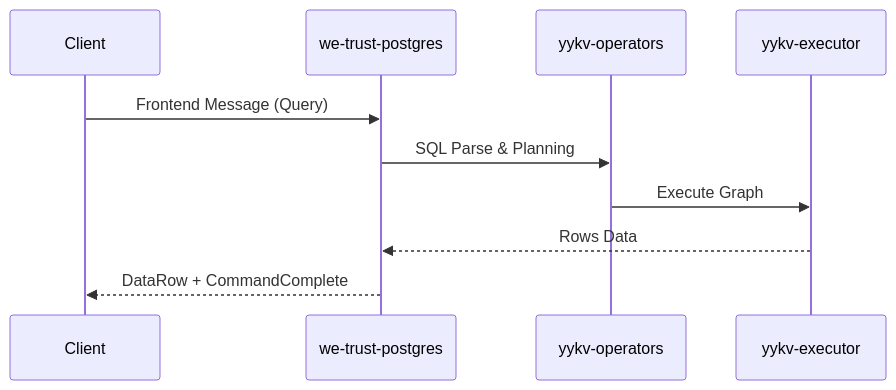
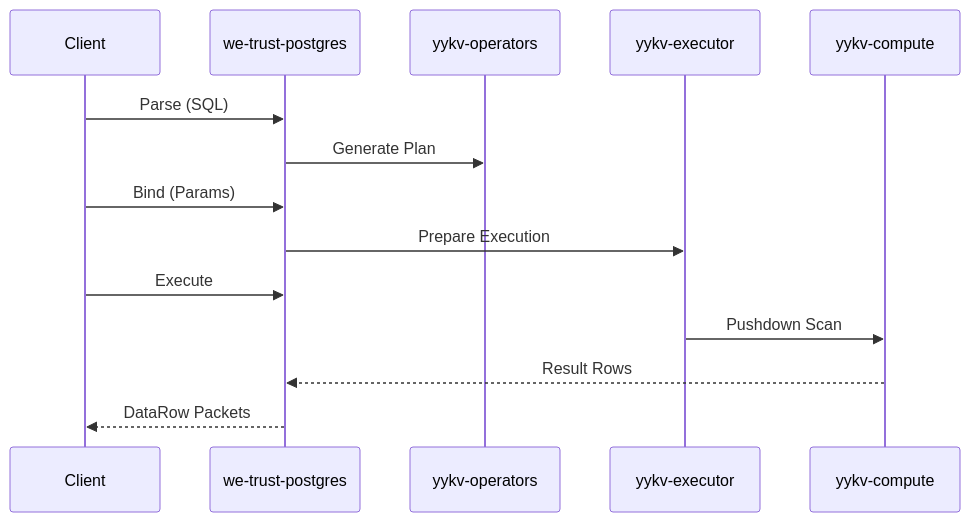
One commit to yy-database/MySQL changed the diagram in protocols/we-trust-postgres/README.md. Above: the diagram before and after it, drawn with Mermaid. The commit also changed other lines of this file and 18 other files, not shown here.

````diff
--- a/protocols/we-trust-postgres/README.md
+++ b/protocols/we-trust-postgres/README.md
@@ -34,8 +38,11 @@
 ```mermaid
 sequenceDiagram
-    Client->>we-trust-postgres: Frontend Message (Query)
-    we-trust-postgres->>yykv-operators: SQL Parse & Planning
-    yykv-operators->>yykv-executor: Execute Graph
-    yykv-executor-->>we-trust-postgres: Rows Data
-    we-trust-postgres-->>Client: DataRow + CommandComplete
+    Client->>we-trust-postgres: Parse (SQL)
+    we-trust-postgres->>yykv-operators: Generate Plan
+    Client->>we-trust-postgres: Bind (Params)
+    we-trust-postgres->>yykv-executor: Prepare Execution
+    Client->>we-trust-postgres: Execute
+    yykv-executor->>yykv-compute: Pushdown Scan
+    yykv-compute-->>we-trust-postgres: Result Rows
+    we-trust-postgres-->>Client: DataRow Packets
 ```
````
